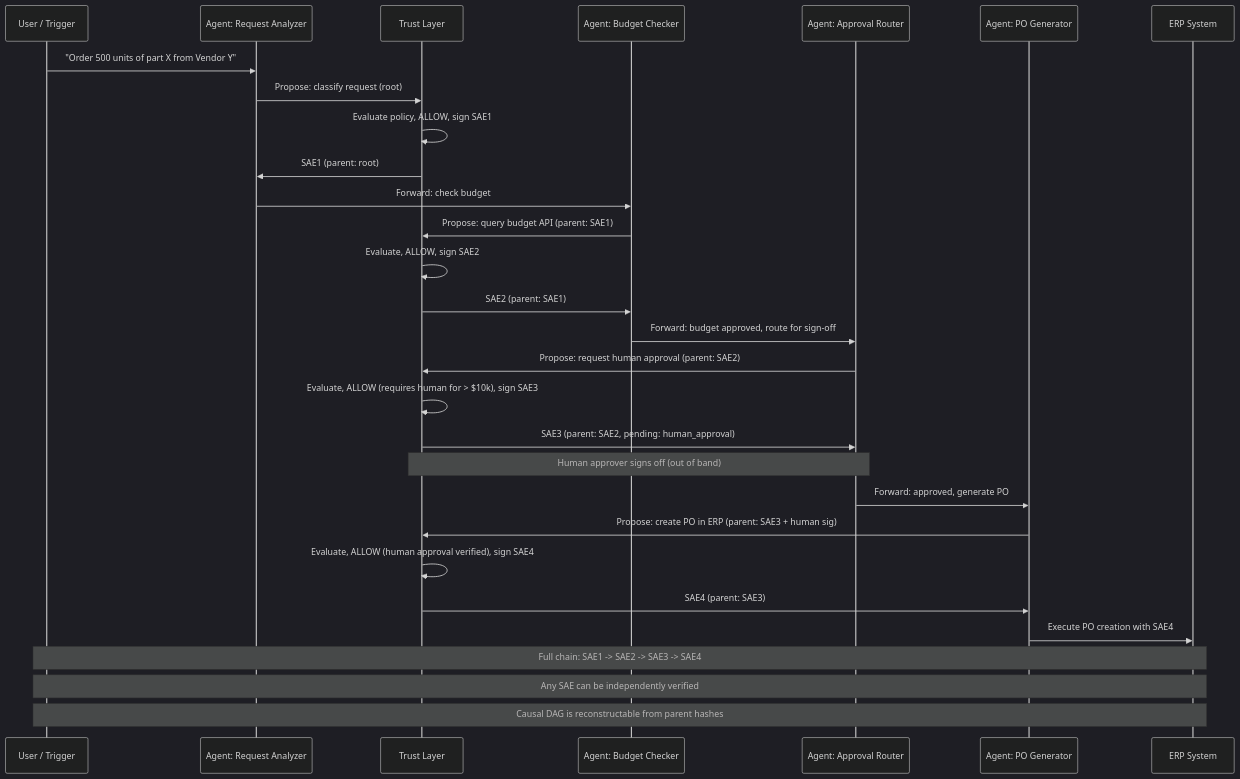
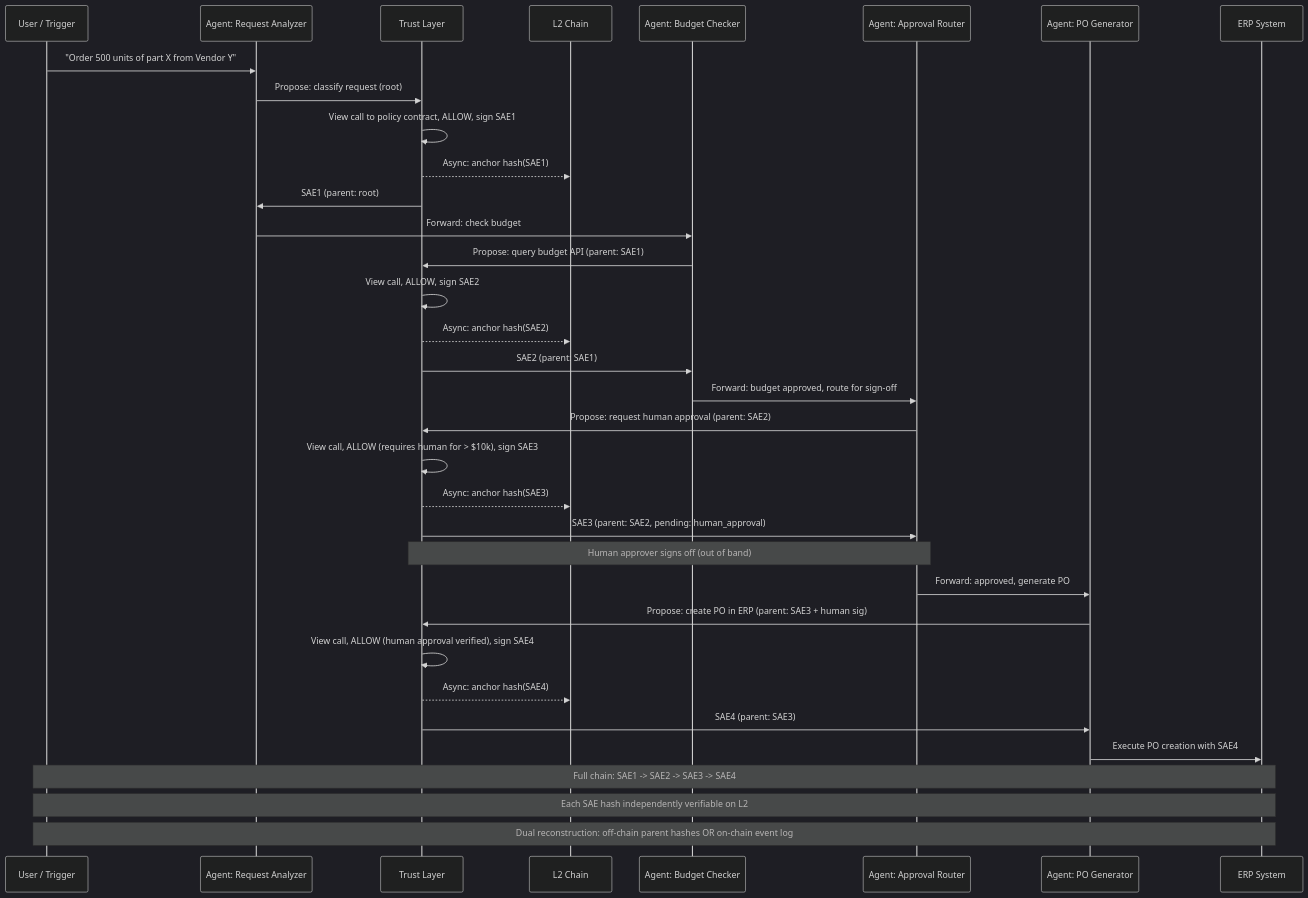
Before and after one commit to kjayashr/cryptographic-trust-layer: the eighth of 13 diagrams in cryptographic-trust-layer-thesis.md, drawn with Mermaid (dark theme). The commit also changed other lines of this file, not shown here.

First line of the commit message:
Rewrite architecture to smart contract-based enforcement on Ethereum L2

````diff
--- a/cryptographic-trust-layer-thesis.md
+++ b/cryptographic-trust-layer-thesis.md
@@ -347,37 +369,42 @@
 ```mermaid
 sequenceDiagram
     participant U as User / Trigger
     participant A1 as Agent: Request Analyzer
     participant TL as Trust Layer
+    participant L2 as L2 Chain
     participant A2 as Agent: Budget Checker
     participant A3 as Agent: Approval Router
     participant A4 as Agent: PO Generator
     participant ERP as ERP System
 
     U->>A1: "Order 500 units of part X from Vendor Y"
     A1->>TL: Propose: classify request (root)
-    TL->>TL: Evaluate policy, ALLOW, sign SAE1
+    TL->>TL: View call to policy contract, ALLOW, sign SAE1
+    TL-->>L2: Async: anchor hash(SAE1)
     TL->>A1: SAE1 (parent: root)
 
     A1->>A2: Forward: check budget
     A2->>TL: Propose: query budget API (parent: SAE1)
-    TL->>TL: Evaluate, ALLOW, sign SAE2
+    TL->>TL: View call, ALLOW, sign SAE2
+    TL-->>L2: Async: anchor hash(SAE2)
     TL->>A2: SAE2 (parent: SAE1)
 
     A2->>A3: Forward: budget approved, route for sign-off
     A3->>TL: Propose: request human approval (parent: SAE2)
-    TL->>TL: Evaluate, ALLOW (requires human for > $10k), sign SAE3
+    TL->>TL: View call, ALLOW (requires human for > $10k), sign SAE3
+    TL-->>L2: Async: anchor hash(SAE3)
     TL->>A3: SAE3 (parent: SAE2, pending: human_approval)
 
     Note over A3,TL: Human approver signs off (out of band)
 
     A3->>A4: Forward: approved, generate PO
     A4->>TL: Propose: create PO in ERP (parent: SAE3 + human sig)
-    TL->>TL: Evaluate, ALLOW (human approval verified), sign SAE4
+    TL->>TL: View call, ALLOW (human approval verified), sign SAE4
+    TL-->>L2: Async: anchor hash(SAE4)
     TL->>A4: SAE4 (parent: SAE3)
     A4->>ERP: Execute PO creation with SAE4
 
     Note over U,ERP: Full chain: SAE1 -> SAE2 -> SAE3 -> SAE4
-    Note over U,ERP: Any SAE can be independently verified
-    Note over U,ERP: Causal DAG is reconstructable from parent hashes
+    Note over U,ERP: Each SAE hash independently verifiable on L2
+    Note over U,ERP: Dual reconstruction: off-chain parent hashes OR on-chain event log
 ```
````
